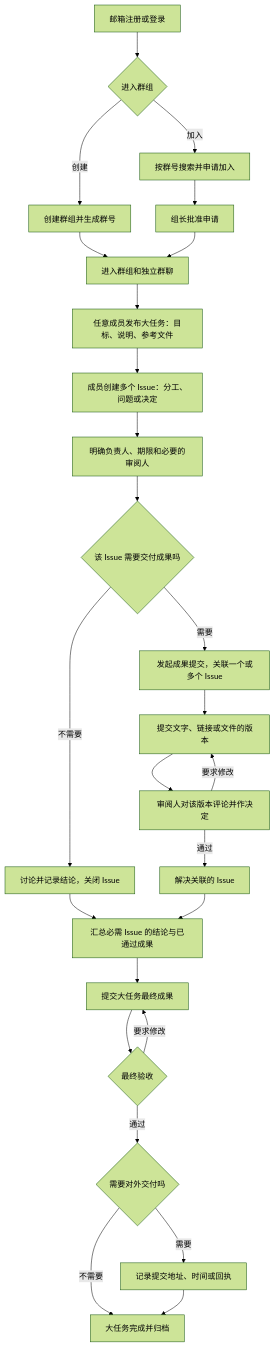
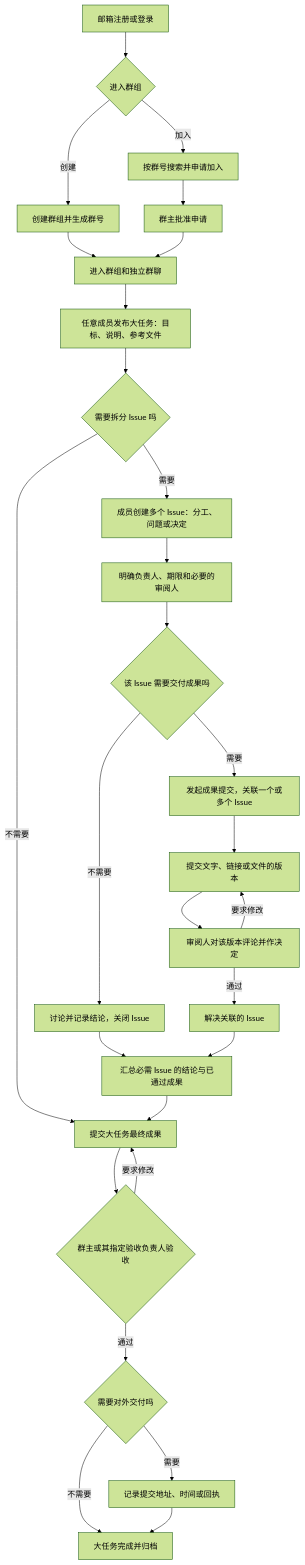
Before and after one commit to hymer7/Temori: the diagram in FLOW.md, drawn with Mermaid (forest theme). The commit also changed other lines of this file and 2 other files, not shown here.

````diff
--- a/FLOW.md
+++ b/FLOW.md
@@ -17,28 +17,30 @@
 ```mermaid
 flowchart TD
     A[邮箱注册或登录] --> B{进入群组}
     B -->|创建| C[创建群组并生成群号]
     B -->|加入| D[按群号搜索并申请加入]
-    D --> E[组长批准申请]
+    D --> E[群主批准申请]
     C --> F[进入群组和独立群聊]
     E --> F
     F --> G[任意成员发布大任务：目标、说明、参考文件]
-    G --> H[成员创建多个 Issue：分工、问题或决定]
+    G --> V{需要拆分 Issue 吗}
+    V -->|需要| H[成员创建多个 Issue：分工、问题或决定]
+    V -->|不需要| Q
     H --> I[明确负责人、期限和必要的审阅人]
     I --> J{该 Issue 需要交付成果吗}
     J -->|不需要| K[讨论并记录结论，关闭 Issue]
     J -->|需要| L[发起成果提交，关联一个或多个 Issue]
     L --> M[提交文字、链接或文件的版本]
     M --> N[审阅人对该版本评论并作决定]
     N -->|要求修改| M
     N -->|通过| O[解决关联的 Issue]
     K --> P[汇总必需 Issue 的结论与已通过成果]
     O --> P
     P --> Q[提交大任务最终成果]
-    Q --> R{最终验收}
+    Q --> R{群主或其指定验收负责人验收}
     R -->|要求修改| Q
     R -->|通过| S{需要对外交付吗}
     S -->|需要| T[记录提交地址、时间或回执]
     S -->|不需要| U[大任务完成并归档]
     T --> U
 ```
````
